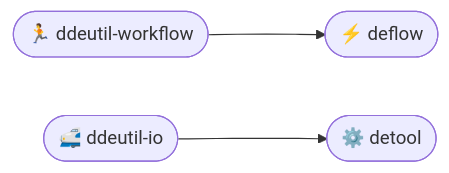
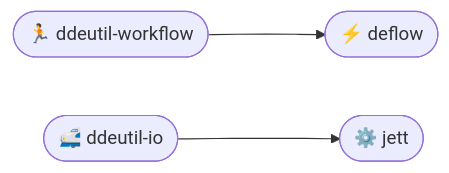
The second of 2 diagrams in profile/README.md (ddeutils/.github), drawn with Mermaid before and after one commit. The commit also changed other lines of this file, not shown here.

````diff
--- a/profile/README.md
+++ b/profile/README.md
@@ -49,5 +49,5 @@
 ```mermaid
 flowchart LR
    1([🏃 ddeutil-workflow]) ---> 2([⚡ deflow])
-   3([🚅 ddeutil-io]) ---> 4([⚙️ detool])
+   3([🚅 ddeutil-io]) ---> 4([⚙️ jett])
 ```
````
